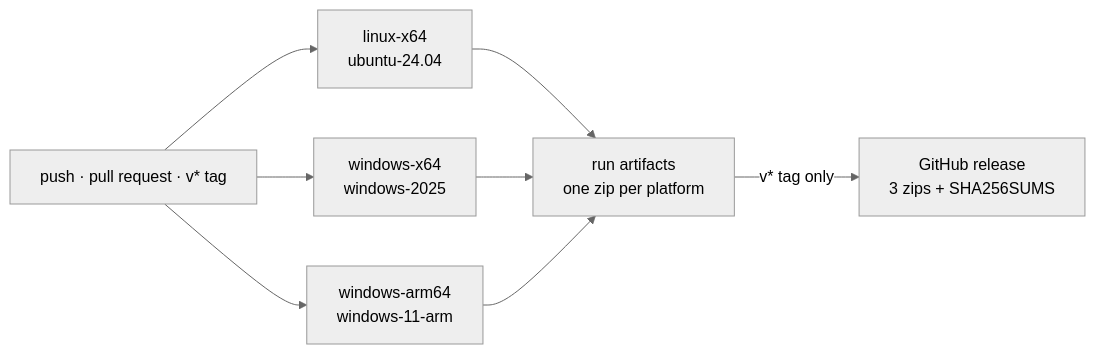
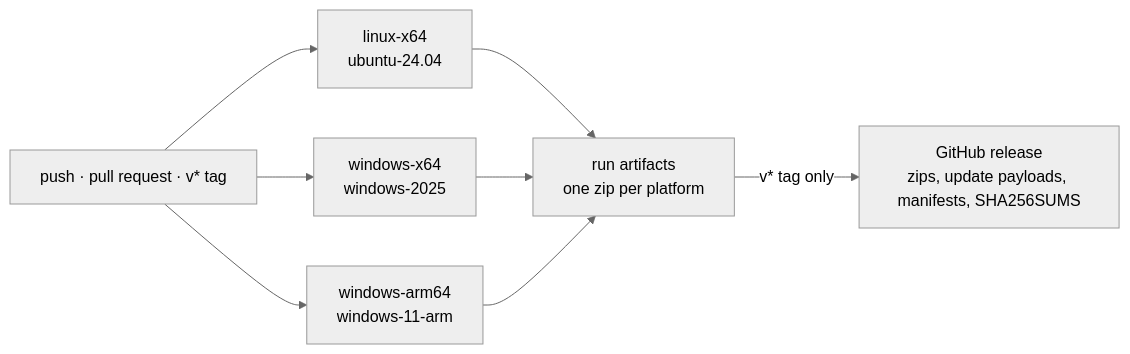
The diagram in docs/ci.md (an-dr/dev-panel), drawn with Mermaid (neutral theme) before and after one commit. The commit also changed other lines of this file and 72 other files, not shown here.

First line of the commit message:
feat: make commits the devpanel git client and release 0.4.0

````diff
--- a/docs/ci.md
+++ b/docs/ci.md
@@ -5,10 +5,10 @@
 ```mermaid
 flowchart LR
     Push["push · pull request · v* tag"] --> L["linux-x64<br/>ubuntu-24.04"]
     Push --> W["windows-x64<br/>windows-2025"]
     Push --> A["windows-arm64<br/>windows-11-arm"]
     L --> Art["run artifacts<br/>one zip per platform"]
     W --> Art
     A --> Art
-    Art -->|v* tag only| Rel["GitHub release<br/>3 zips + SHA256SUMS"]
+    Art -->|v* tag only| Rel["GitHub release<br/>zips, update payloads, manifests, SHA256SUMS"]
 ```
````
